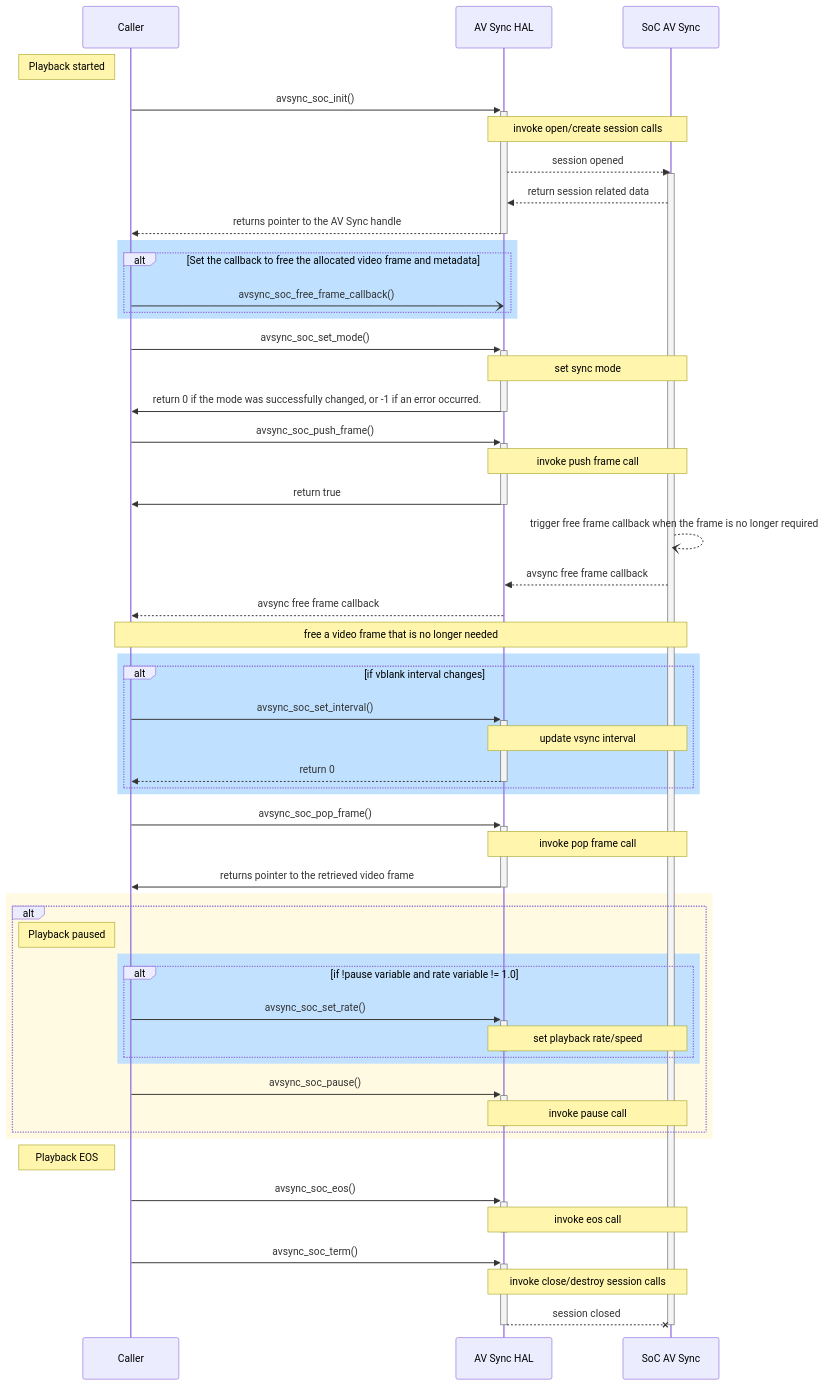
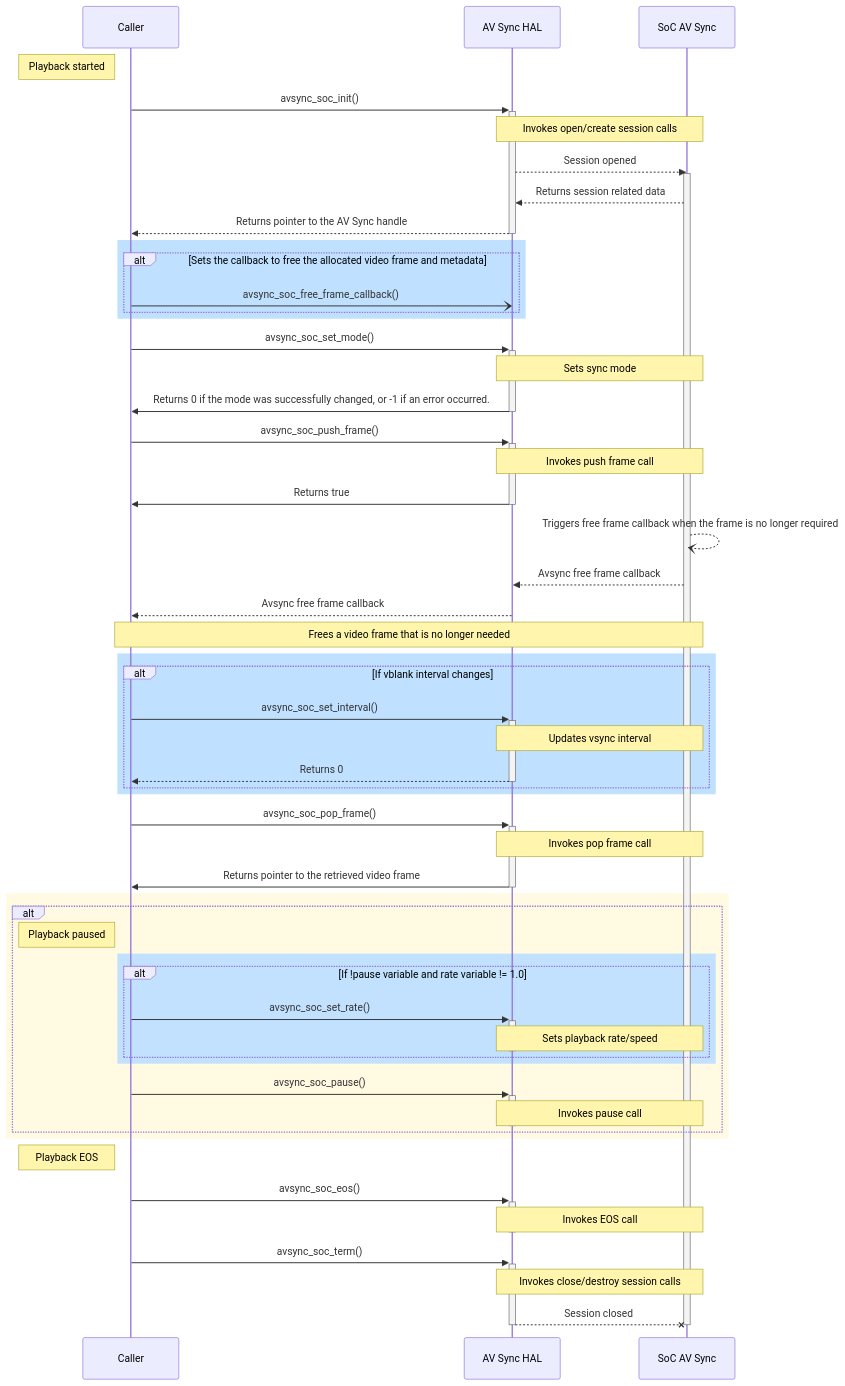
One commit to rdkcentral/rdk-halif-avsync changed the second of 2 diagrams in docs/pages/av-sync_halSpec.md. Above: the diagram before and after it, drawn with Mermaid. The commit also changed other lines of this file and 4 other files, not shown here.

````diff
--- a/docs/pages/av-sync_halSpec.md
+++ b/docs/pages/av-sync_halSpec.md
@@ -152,79 +179,79 @@
 ```mermaid
 
 sequenceDiagram
 
 participant Caller
 participant AV Sync HAL
 participant SoC AV Sync 
 
 note left of Caller:Playback started
 
 Caller->>+AV Sync HAL:avsync_soc_init()
-note over AV Sync HAL,SoC AV Sync:invoke open/create session calls
-AV Sync HAL-->>SoC AV Sync:session opened
+note over AV Sync HAL,SoC AV Sync:Invokes open/create session calls
+AV Sync HAL-->>SoC AV Sync:Session opened
 activate SoC AV Sync 
-SoC AV Sync-->>AV Sync HAL:return session related data
-AV Sync HAL-->>-Caller:returns pointer to the AV Sync handle
+SoC AV Sync-->>AV Sync HAL:Returns session related data
+AV Sync HAL-->>-Caller:Returns pointer to the AV Sync handle
 
 rect rgb(191, 225, 255)
-alt Set the callback to free the allocated video frame and metadata
+alt Sets the callback to free the allocated video frame and metadata
 Caller-)AV Sync HAL:avsync_soc_free_frame_callback()
 end
 end
 
 Caller->>+AV Sync HAL:avsync_soc_set_mode()
-note over AV Sync HAL,SoC AV Sync:set sync mode
-AV Sync HAL->>-Caller: return 0 if the mode was successfully changed, or -1 if an error occurred.
+note over AV Sync HAL,SoC AV Sync:Sets sync mode
+AV Sync HAL->>-Caller: Returns 0 if the mode was successfully changed, or -1 if an error occurred.
 
 Caller->>+AV Sync HAL:avsync_soc_push_frame()
-note over AV Sync HAL,SoC AV Sync:invoke push frame call
-AV Sync HAL->>-Caller:return true
+note over AV Sync HAL,SoC AV Sync:Invokes push frame call
+AV Sync HAL->>-Caller:Returns true
 
-SoC AV Sync--)SoC AV Sync: trigger free frame callback when the frame is no longer required 
-SoC AV Sync-->>AV Sync HAL: avsync free frame callback
-AV Sync HAL-->>Caller: avsync free frame callback
-note over Caller,SoC AV Sync: free a video frame that is no longer needed
+SoC AV Sync--)SoC AV Sync: Triggers free frame callback when the frame is no longer required
+SoC AV Sync-->>AV Sync HAL: Avsync free frame callback
+AV Sync HAL-->>Caller: Avsync free frame callback
+note over Caller,SoC AV Sync: Frees a video frame that is no longer needed
 
 rect rgb(191, 225, 255)
-alt if vblank interval changes
+alt If vblank interval changes
 Caller->>+AV Sync HAL:avsync_soc_set_interval()
-note over AV Sync HAL,SoC AV Sync:update vsync interval
-AV Sync HAL-->>-Caller:return 0
+note over AV Sync HAL,SoC AV Sync:Updates vsync interval
+AV Sync HAL-->>-Caller:Returns 0
 end
 end
 
 Caller->>+AV Sync HAL:avsync_soc_pop_frame()
-note over AV Sync HAL,SoC AV Sync:invoke pop frame call
-AV Sync HAL->>-Caller:returns pointer to the retrieved video frame
+note over AV Sync HAL,SoC AV Sync:Invokes pop frame call
+AV Sync HAL->>-Caller:Returns pointer to the retrieved video frame
 
 rect rgb(255,250,225)
 alt
 note left of Caller:Playback paused
 
 rect rgb(193, 225, 255)
-alt  if !pause variable and rate variable != 1.0
+alt  If !pause variable and rate variable != 1.0
 Caller->>+AV Sync HAL:avsync_soc_set_rate()
-note over AV Sync HAL,SoC AV Sync:set playback rate/speed
+note over AV Sync HAL,SoC AV Sync:Sets playback rate/speed
 deactivate AV Sync HAL
 end
 end
 
 Caller->>+AV Sync HAL:avsync_soc_pause()
-note over AV Sync HAL,SoC AV Sync:invoke pause call
+note over AV Sync HAL,SoC AV Sync:Invokes pause call
 deactivate AV Sync HAL
 end
 end
 
 note left of Caller:Playback EOS
 
 Caller->>+AV Sync HAL:avsync_soc_eos()
-note over AV Sync HAL,SoC AV Sync:invoke eos call
+note over AV Sync HAL,SoC AV Sync:Invokes EOS call
 deactivate AV Sync HAL
 
 Caller->>+AV Sync HAL:avsync_soc_term()
-note over AV Sync HAL,SoC AV Sync:invoke close/destroy session calls
-AV Sync HAL--xSoC AV Sync:session closed
+note over AV Sync HAL,SoC AV Sync:Invokes close/destroy session calls
+AV Sync HAL--xSoC AV Sync:Session closed
 deactivate SoC AV Sync 
 deactivate AV Sync HAL
 
 ```
````
